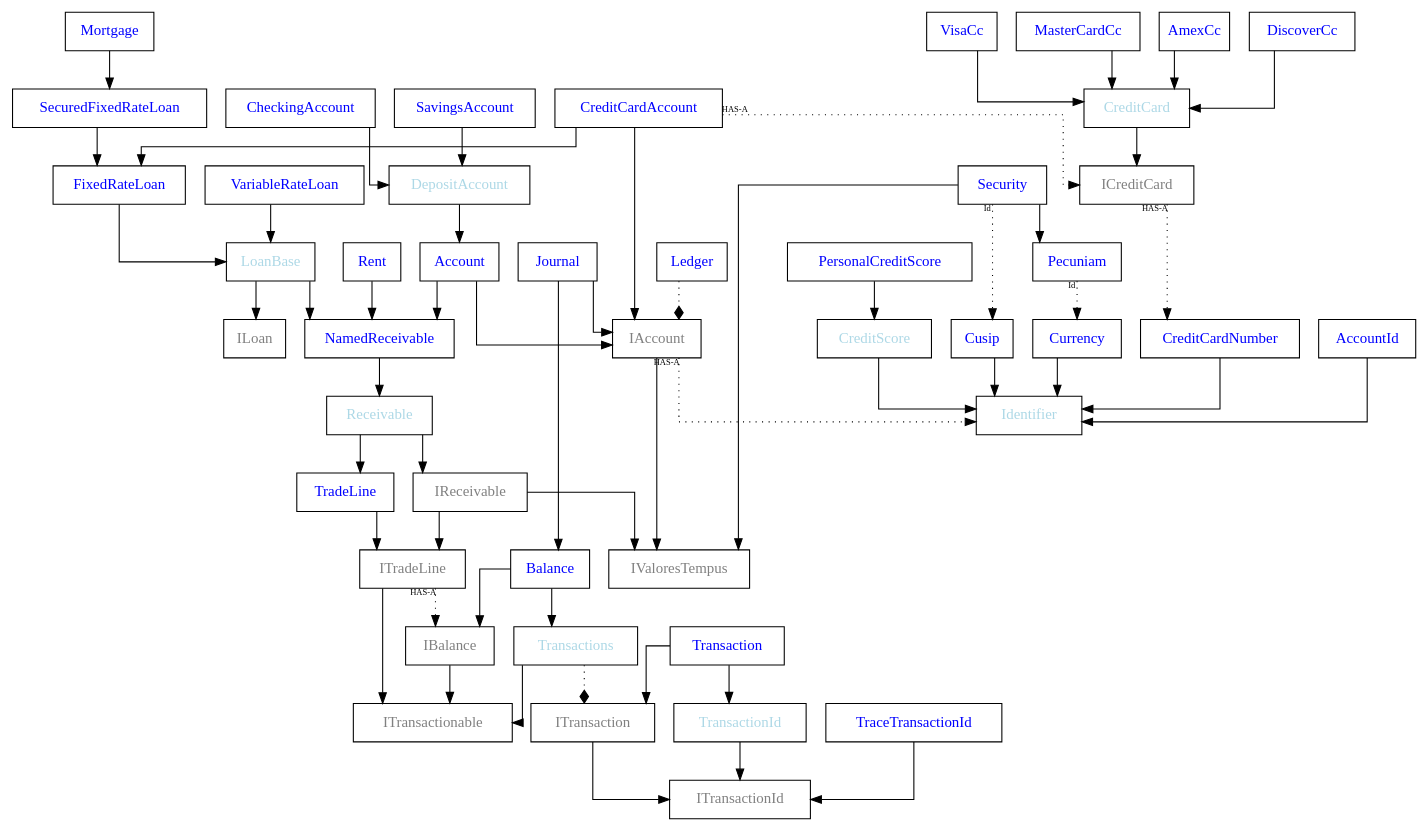
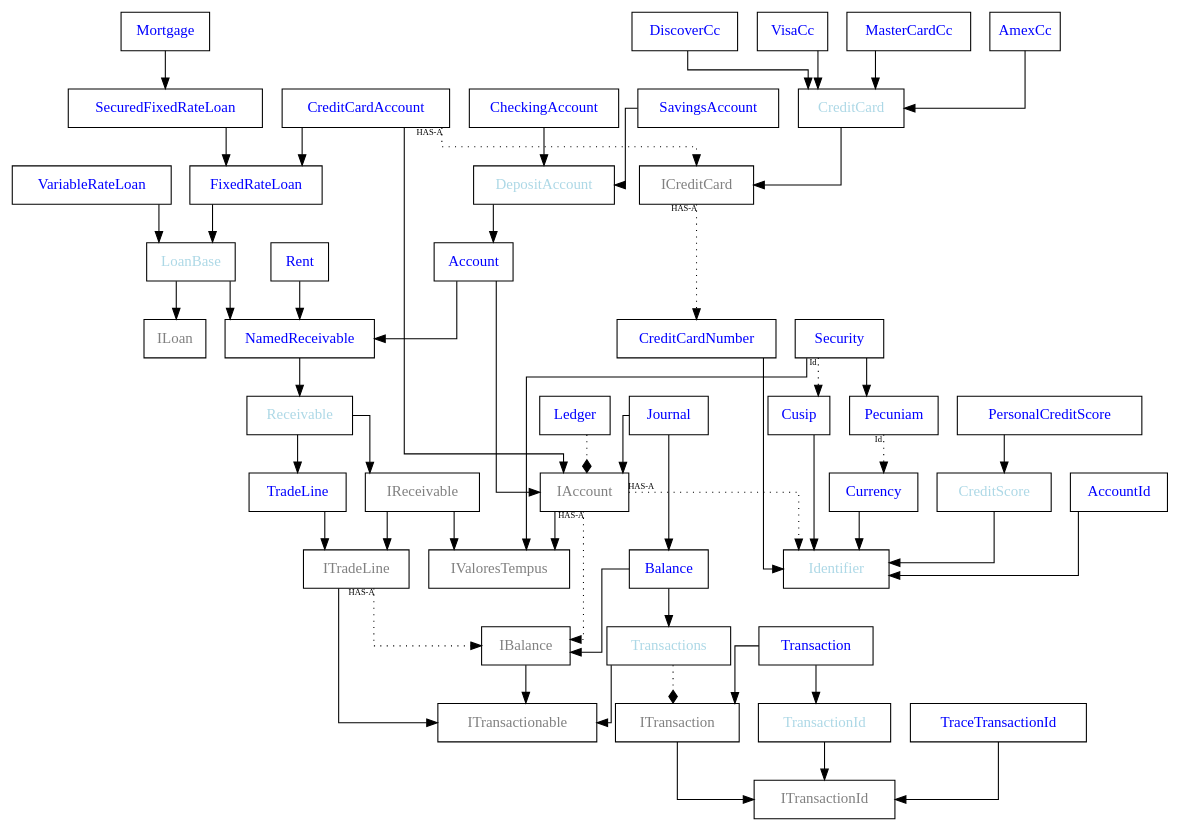
Before and after one commit to nofuture-git/31g: the diagram in trunk/Code/NoFuture/Rand/Sp/__ClassDiagram.gv, drawn with Graphviz. The commit also changed 6 other files, not shown here.

Commit message:
added test for IsDuplicate in Ledger, added IBalance back into IAccount

```diff
--- a/trunk/Code/NoFuture/Rand/Sp/__ClassDiagram.gv
+++ b/trunk/Code/NoFuture/Rand/Sp/__ClassDiagram.gv
@@ -1,79 +1,80 @@
 digraph noFutureRandDataSp {
     node [fontname=Consolas, shape=box fontcolor="blue"]
     graph [splines=ortho];
     
     LoanBase [fontcolor="lightblue"]
     CreditCard [fontcolor="lightblue"]
     CreditScore [fontcolor="lightblue"]
     ICreditCard [fontcolor="grey"]
     IAccount [fontcolor="grey"]
     IBalance [fontcolor="grey"]
     ILoan [fontcolor="grey"]
     IReceivable [fontcolor="grey"]
     ITradeLine [fontcolor="grey"]
     ITransaction [fontcolor="grey"]
     ITransactionable [fontcolor="grey"]
     ITransactionId [fontcolor="grey"]
     IValoresTempus [fontcolor="grey"]
     LoanBase [fontcolor="lightblue"]
     Receivable [fontcolor="lightblue"]
     TransactionId [fontcolor="lightblue"]
     DepositAccount [fontcolor="lightblue"]
     Identifier [fontcolor="lightblue"]
     Transactions [fontcolor="lightblue"]
     
     Mortgage -> SecuredFixedRateLoan
     SecuredFixedRateLoan -> FixedRateLoan
     CreditCardAccount -> FixedRateLoan
     CreditCardAccount -> IAccount
     CreditCardAccount -> ICreditCard [style="dotted" taillabel="HAS-A",fontname=Consolas, fontsize=8]
     FixedRateLoan -> LoanBase
     LoanBase -> NamedReceivable
     Rent -> NamedReceivable
     CheckingAccount -> DepositAccount
     SavingsAccount -> DepositAccount
     Account -> NamedReceivable
     Account -> IAccount
     DepositAccount -> Account
     Receivable -> IReceivable
     Receivable -> TradeLine
     IReceivable -> ITradeLine
     IReceivable -> IValoresTempus
     LoanBase -> ILoan
     TradeLine -> ITradeLine
     ITradeLine -> ITransactionable
     IAccount -> IValoresTempus
     IAccount -> Identifier [style="dotted" taillabel="HAS-A",fontname=Consolas, fontsize=8]
+    IAccount -> IBalance [style="dotted" taillabel="HAS-A",fontname=Consolas, fontsize=8]
     NamedReceivable -> Receivable
     ITradeLine -> IBalance [style="dotted" taillabel="HAS-A",fontname=Consolas, fontsize=8]
     Balance -> IBalance
     Balance -> Transactions
     VariableRateLoan -> LoanBase
     Security -> IValoresTempus
     Security -> Pecuniam
     Security -> Cusip [style="dotted", taillabel="Id",fontname=Consolas, fontsize=8]
     Cusip -> Identifier
     Pecuniam -> Currency [style="dotted", taillabel="Id",fontname=Consolas, fontsize=8]
     Currency -> Identifier
     CreditScore -> Identifier
     PersonalCreditScore -> CreditScore
     CreditCardNumber -> Identifier
     VisaCc -> CreditCard
     MasterCardCc -> CreditCard
     AmexCc -> CreditCard
     DiscoverCc -> CreditCard
     CreditCard -> ICreditCard
     ICreditCard -> CreditCardNumber [style="dotted" taillabel="HAS-A",fontname=Consolas, fontsize=8]
     IBalance -> ITransactionable
     AccountId -> Identifier
     Transactions -> ITransaction [style="dotted" arrowhead="diamond"]
     Transactions -> ITransactionable
     Transaction -> ITransaction
     Transaction -> TransactionId
     ITransaction -> ITransactionId
     TransactionId -> ITransactionId
     TraceTransactionId -> ITransactionId
     Journal -> Balance
     Journal -> IAccount
     Ledger -> IAccount [style="dotted" arrowhead="diamond"]
 }
```
